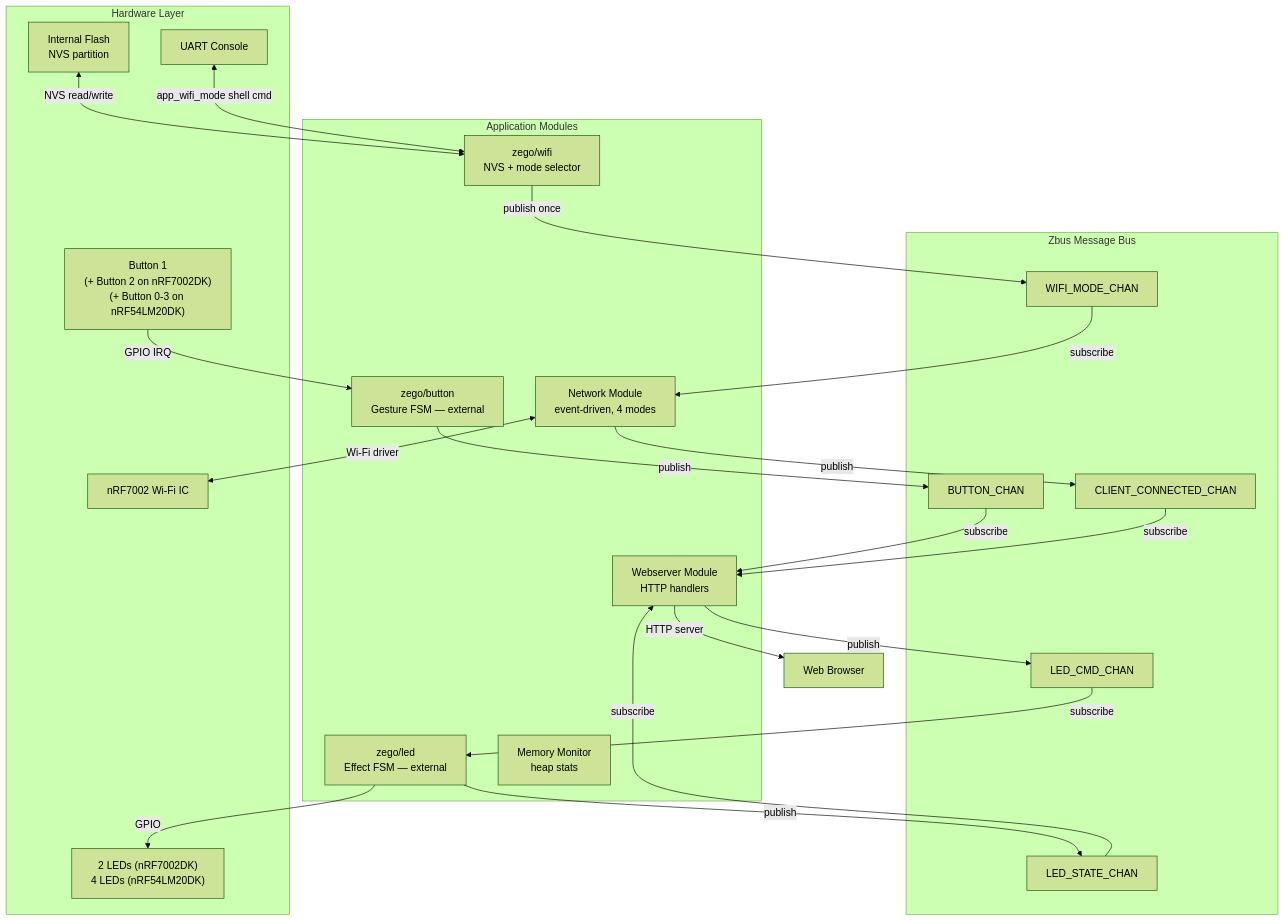
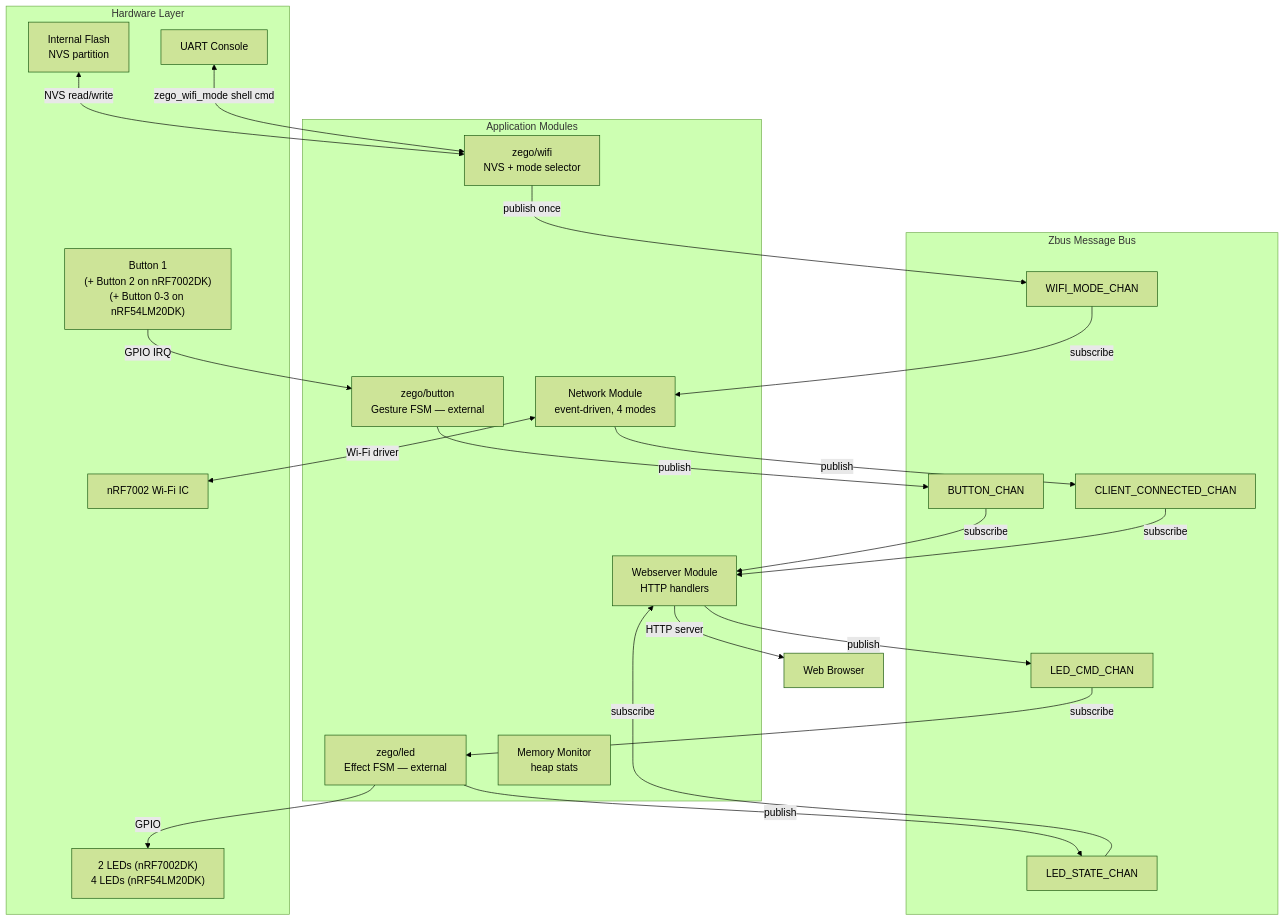
One commit to chshzh/nordic-wifi-webdash changed the first of 2 diagrams in docs/dev-specs/architecture.md. Above: the diagram before and after it, drawn with Mermaid (forest theme). The commit also changed other lines of this file and 8 other files, not shown here.

First line of the commit message:
docs: sync P2P_GC rename and zego_wifi_mode throughout docs

````diff
--- a/docs/dev-specs/architecture.md
+++ b/docs/dev-specs/architecture.md
@@ -163,49 +163,49 @@
 ```mermaid
 graph TB
     subgraph zbus_bus [Zbus Message Bus]
         WIFI_MODE_CHAN[WIFI_MODE_CHAN]
         BUTTON_CHAN[BUTTON_CHAN]
         LED_CMD_CHAN[LED_CMD_CHAN]
         LED_STATE_CHAN[LED_STATE_CHAN]
         CLIENT_CONNECTED_CHAN[CLIENT_CONNECTED_CHAN]
     end
 
     subgraph hw [Hardware Layer]
         HW_BTN["Button 1\n(+ Button 2 on nRF7002DK)\n(+ Button 0-3 on nRF54LM20DK)"]
         HW_LED["2 LEDs (nRF7002DK)\n4 LEDs (nRF54LM20DK)"]
         HW_WIFI[nRF7002 Wi-Fi IC]
         HW_UART[UART Console]
         HW_FLASH[Internal Flash\nNVS partition]
     end
 
     subgraph modules [Application Modules]
         ZegoWifi[zego/wifi\nNVS + mode selector]
         ButtonMod[zego/button\nGesture FSM — external]
         LEDMod[zego/led\nEffect FSM — external]
         NetMod[Network Module\nevent-driven, 4 modes]
         WebMod[Webserver Module\nHTTP handlers]
         MemMon[Memory Monitor\nheap stats]
     end
 
     HW_BTN -->|GPIO IRQ| ButtonMod
     HW_FLASH <-->|NVS read/write| ZegoWifi
-    HW_UART <-->|app_wifi_mode shell cmd| ZegoWifi
+    HW_UART <-->|zego_wifi_mode shell cmd| ZegoWifi
 
     ZegoWifi -->|publish once| WIFI_MODE_CHAN
     WIFI_MODE_CHAN -->|subscribe| NetMod
 
     ButtonMod -->|publish| BUTTON_CHAN
     BUTTON_CHAN -->|subscribe| WebMod
 
     WebMod -->|publish| LED_CMD_CHAN
     LED_CMD_CHAN -->|subscribe| LEDMod
     LEDMod -->|publish| LED_STATE_CHAN
     LED_STATE_CHAN -->|subscribe| WebMod
     LEDMod -->|GPIO| HW_LED
 
     NetMod -->|publish| CLIENT_CONNECTED_CHAN
     CLIENT_CONNECTED_CHAN -->|subscribe| WebMod
     NetMod <-->|Wi-Fi driver| HW_WIFI
 
     WebMod -->|HTTP server| Client[Web Browser]
 ```
````
